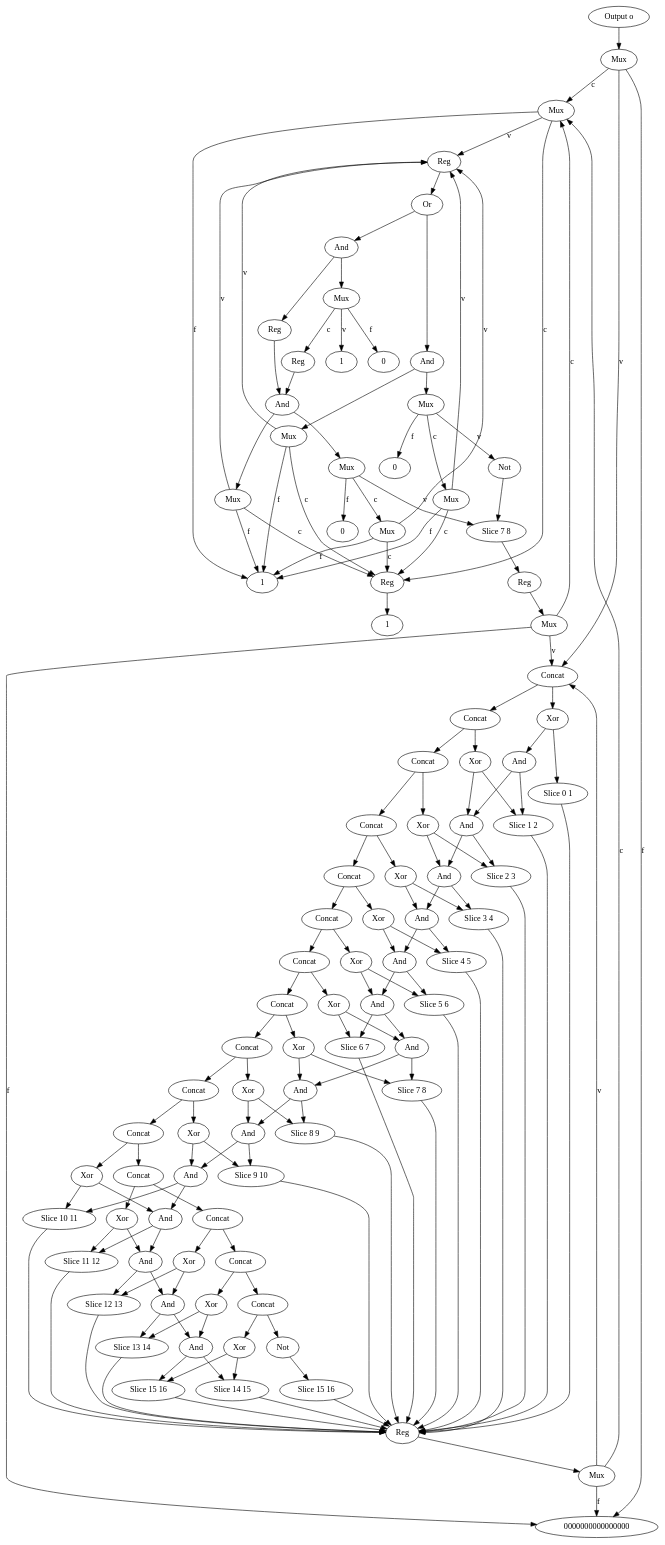
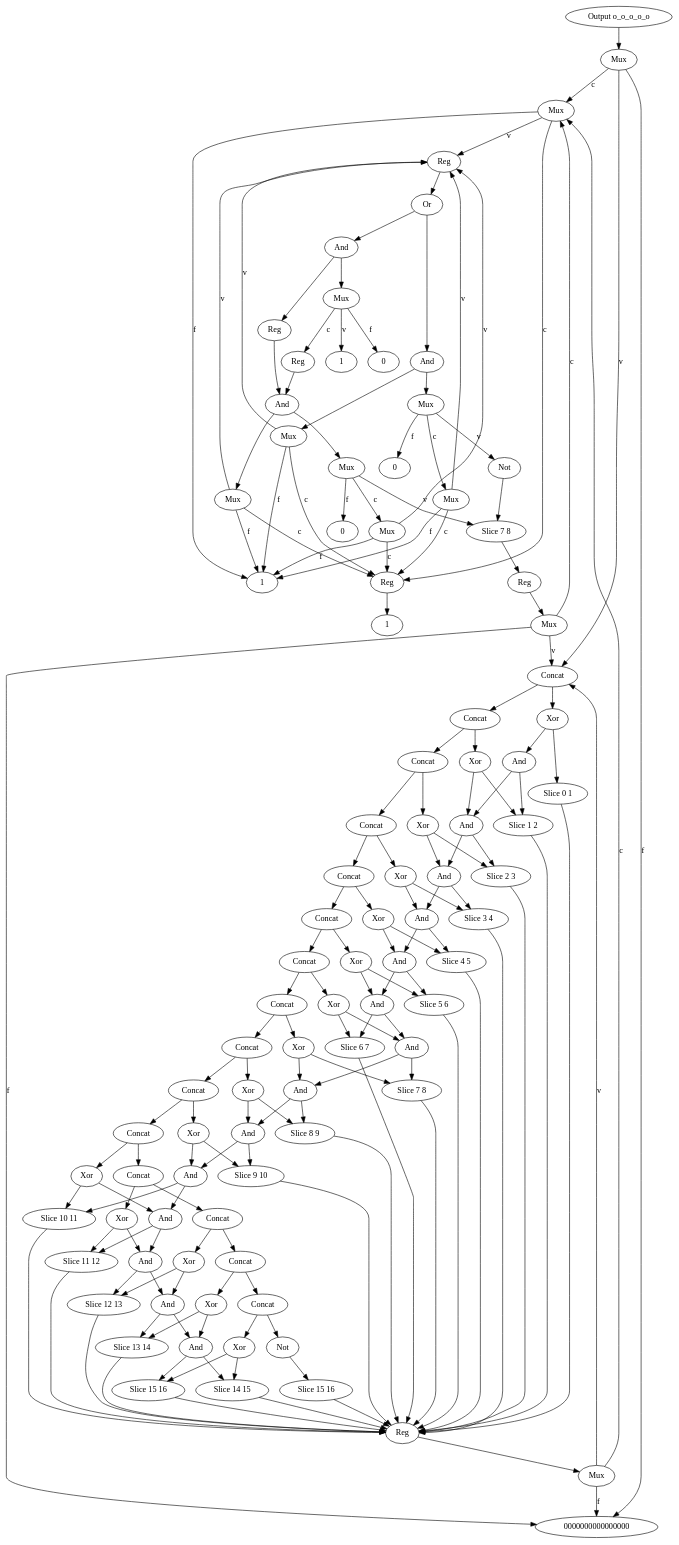
Before and after one commit to Imakoala/tinyjazz: the diagram in viz.dot, drawn with Graphviz. The commit also changed 12 other files, not shown here.

```diff
--- a/viz.dot
+++ b/viz.dot
@@ -1,5 +1,5 @@
 digraph example2 {
-    N0[label="Output o"];
+    N0[label="Output o_o_o_o_o"];
     N1[label="Mux"];
     N2[label="Mux"];
     N3[label="Reg"];
```
